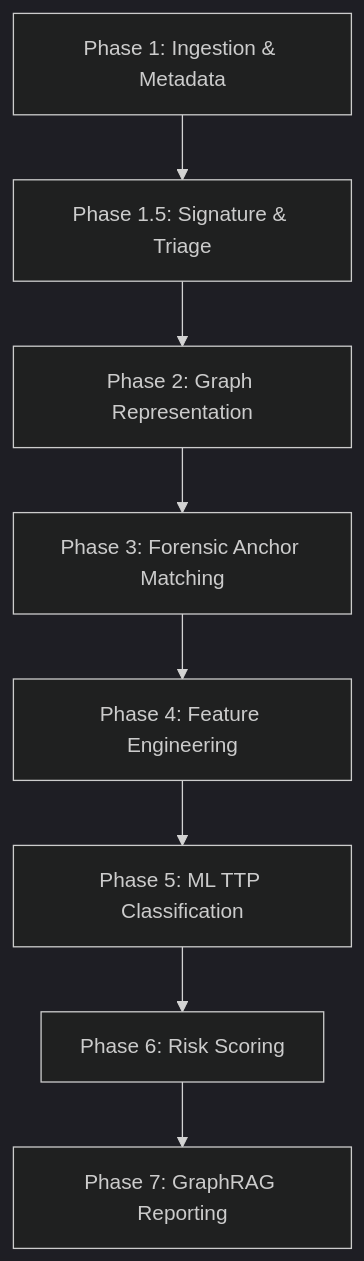
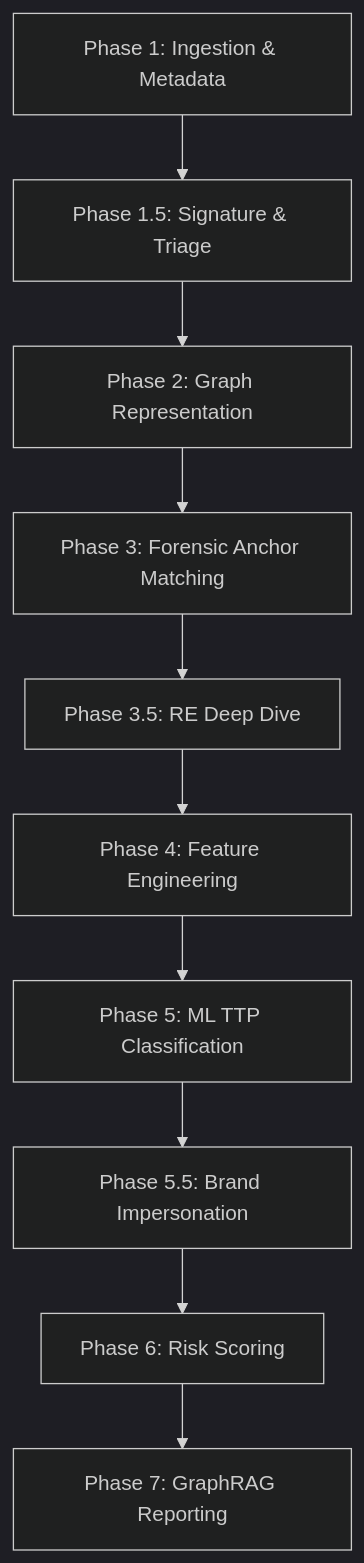
One commit to rohit-sundar/guardgraph-ai changed the diagram in COMPLETED_STATUS.md. Above: the diagram before and after it, drawn with Mermaid (dark theme). The commit also changed other lines of this file and 2 other files, not shown here.

Commit message:
docs: bring the figures in line with the code, and drop the stale phase doc
The status tables quoted corpus sizes, model metrics and verdict bands that no
longer matched what ships, and described the impersonation check as unpopulated.
Adds sections on scalability, the techniques the model can never predict, and
how to rebuild the brand reference.

PHASES.md described an architecture that had been removed and omitted two
phases. Deleted, after adding the phases the surviving document was missing.

````diff
--- a/COMPLETED_STATUS.md
+++ b/COMPLETED_STATUS.md
@@ -27,10 +27,12 @@
 ```mermaid
 graph TD
     A[Phase 1: Ingestion & Metadata] --> B[Phase 1.5: Signature & Triage]
     B --> C[Phase 2: Graph Representation]
     C --> D[Phase 3: Forensic Anchor Matching]
-    D --> E[Phase 4: Feature Engineering]
+    D --> D2[Phase 3.5: RE Deep Dive]
+    D2 --> E[Phase 4: Feature Engineering]
     E --> F[Phase 5: ML TTP Classification]
-    F --> G[Phase 6: Risk Scoring]
+    F --> F2[Phase 5.5: Brand Impersonation]
+    F2 --> G[Phase 6: Risk Scoring]
     G --> H[Phase 7: GraphRAG Reporting]
 ```
````
